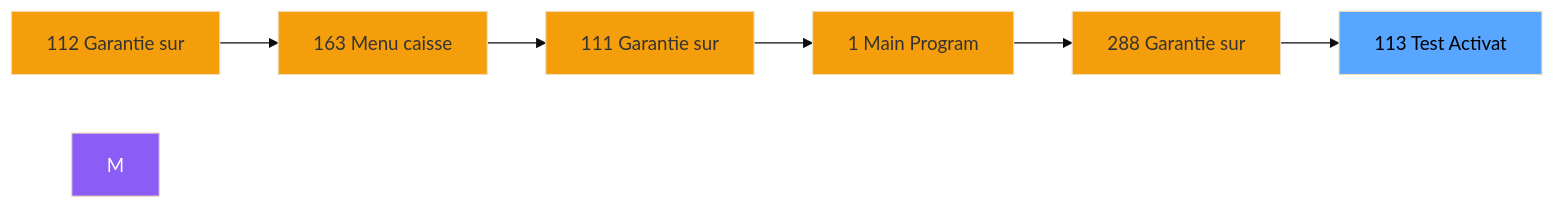
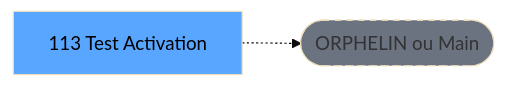
Before and after one commit to thonyAGP/lecteur-magic: the second of 3 diagrams in .openspec/renders/ADH-IDE-113.md, drawn with Mermaid (base theme). The commit also changed other lines of this file and 701 other files, not shown here.

````diff
--- a/.openspec/renders/ADH-IDE-113.md
+++ b/.openspec/renders/ADH-IDE-113.md
@@ -108,21 +117,8 @@
 ```mermaid
 graph LR
-    N112[112 Garantie sur]
-    N163[163 Menu caisse ]
-    N111[111 Garantie sur]
-    N1[1 Main Program]
-    N288[288 Garantie sur]
-    T[113 Test Activat]
-    N112 --> N163
-    N163 --> N111
-    N111 --> N1
-    N1 --> N288
-    N288 --> T
-    style M fill:#8b5cf6,color:#fff
-    style N112 fill:#f59e0b
-    style N163 fill:#f59e0b
-    style N111 fill:#f59e0b
-    style N1 fill:#f59e0b
-    style N288 fill:#f59e0b
+    T[113 Test Activation]
+    ORPHAN([ORPHELIN ou Main])
+    T -.-> ORPHAN
     style T fill:#58a6ff,color:#000
+    style ORPHAN fill:#6b7280,stroke-dasharray: 5 5
 ```
````
